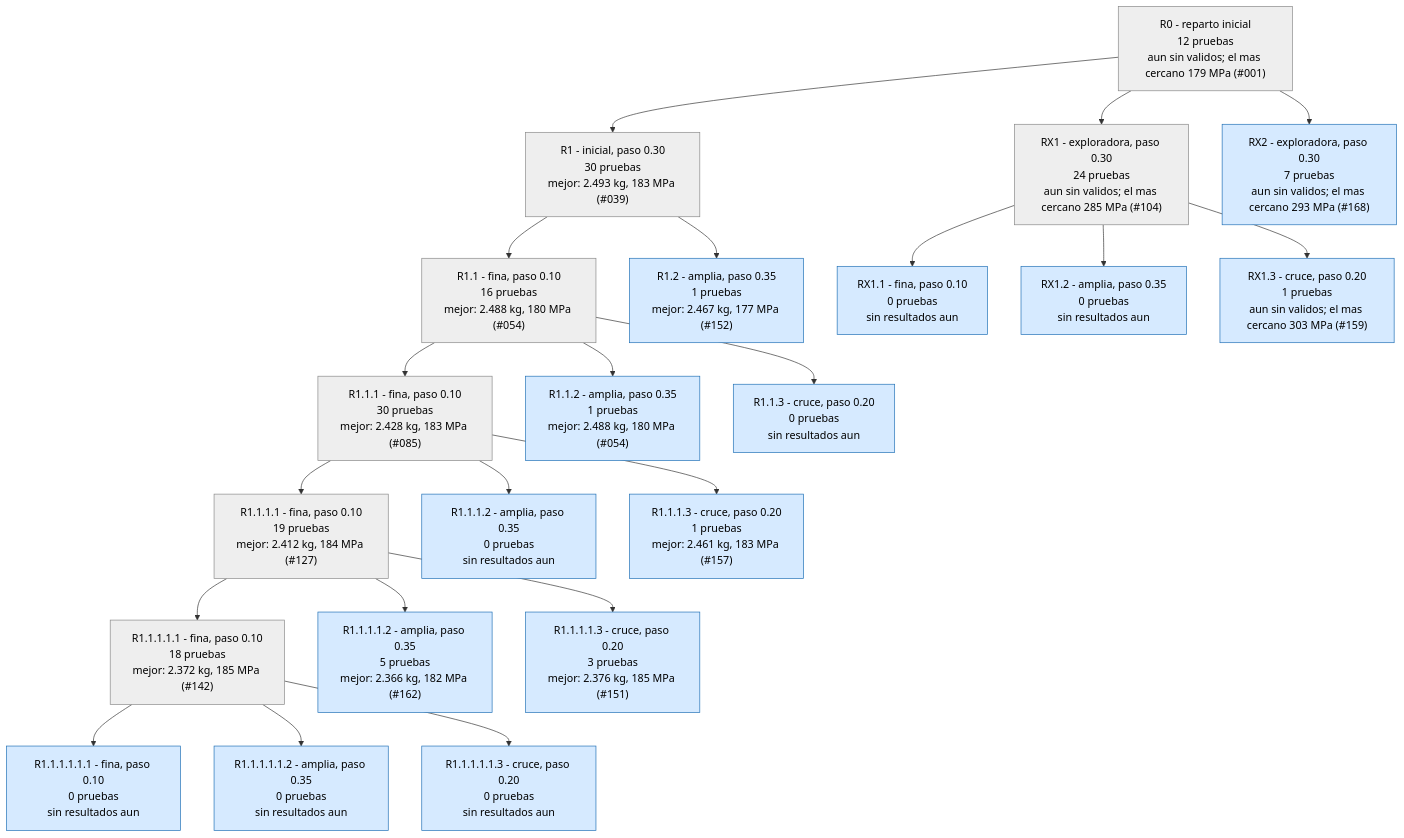
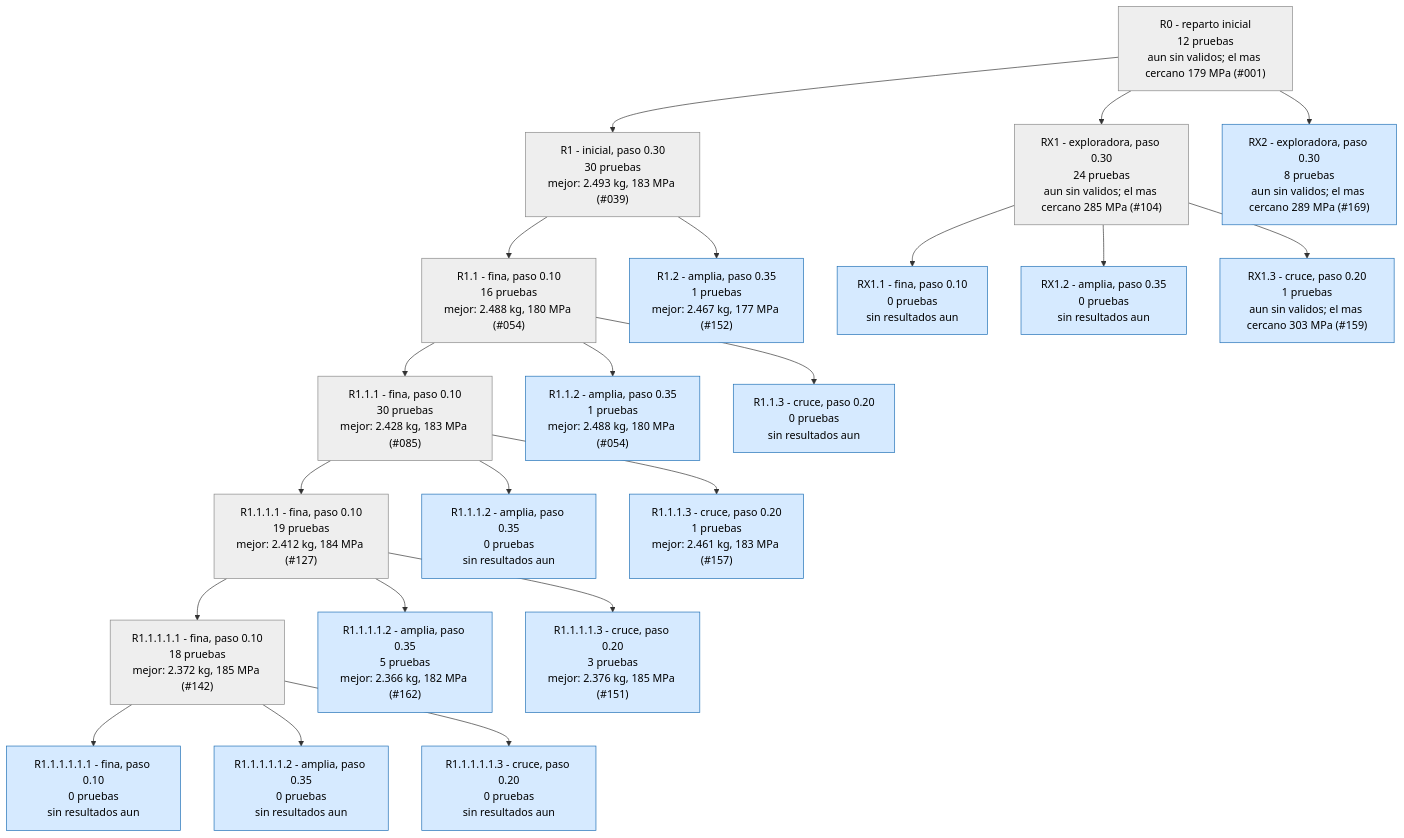
One commit to Hugiko/msd-soporte-optimizacion changed the second of 4 diagrams in runs/opt_37800N/ARBOL.md. Above: the diagram before and after it, drawn with Mermaid. The commit also changed 21 other files, not shown here.

````diff
--- a/runs/opt_37800N/ARBOL.md
+++ b/runs/opt_37800N/ARBOL.md
@@ -25,47 +25,47 @@
 ```mermaid
 graph TD
 classDef activa fill:#d6eaff,stroke:#1f6fb5,color:#000
 classDef fin fill:#eeeeee,stroke:#888,color:#000
 classDef mejor fill:#c8f0c0,stroke:#1a9850,stroke-width:4px,color:#000
 R0["R0 - reparto inicial<br/>12 pruebas<br/>aun sin validos; el mas cercano 179 MPa (#001)"]:::fin
 R1["R1 - inicial, paso 0.30<br/>30 pruebas<br/>mejor: 2.493 kg, 183 MPa (#039)"]:::fin
 R0 --> R1
 R1_1["R1.1 - fina, paso 0.10<br/>16 pruebas<br/>mejor: 2.488 kg, 180 MPa (#054)"]:::fin
 R1 --> R1_1
 R1_2["R1.2 - amplia, paso 0.35<br/>1 pruebas<br/>mejor: 2.467 kg, 177 MPa (#152)"]:::activa
 R1 --> R1_2
 R1_1_1["R1.1.1 - fina, paso 0.10<br/>30 pruebas<br/>mejor: 2.428 kg, 183 MPa (#085)"]:::fin
 R1_1 --> R1_1_1
 R1_1_2["R1.1.2 - amplia, paso 0.35<br/>1 pruebas<br/>mejor: 2.488 kg, 180 MPa (#054)"]:::activa
 R1_1 --> R1_1_2
 R1_1_3["R1.1.3 - cruce, paso 0.20<br/>0 pruebas<br/>sin resultados aun"]:::activa
 R1_1 --> R1_1_3
 R1_1_1_1["R1.1.1.1 - fina, paso 0.10<br/>19 pruebas<br/>mejor: 2.412 kg, 184 MPa (#127)"]:::fin
 R1_1_1 --> R1_1_1_1
 R1_1_1_2["R1.1.1.2 - amplia, paso 0.35<br/>0 pruebas<br/>sin resultados aun"]:::activa
 R1_1_1 --> R1_1_1_2
 R1_1_1_3["R1.1.1.3 - cruce, paso 0.20<br/>1 pruebas<br/>mejor: 2.461 kg, 183 MPa (#157)"]:::activa
 R1_1_1 --> R1_1_1_3
 RX1["RX1 - exploradora, paso 0.30<br/>24 pruebas<br/>aun sin validos; el mas cercano 285 MPa (#104)"]:::fin
 R0 --> RX1
 RX1_1["RX1.1 - fina, paso 0.10<br/>0 pruebas<br/>sin resultados aun"]:::activa
 RX1 --> RX1_1
 RX1_2["RX1.2 - amplia, paso 0.35<br/>0 pruebas<br/>sin resultados aun"]:::activa
 RX1 --> RX1_2
 RX1_3["RX1.3 - cruce, paso 0.20<br/>1 pruebas<br/>aun sin validos; el mas cercano 303 MPa (#159)"]:::activa
 RX1 --> RX1_3
 R1_1_1_1_1["R1.1.1.1.1 - fina, paso 0.10<br/>18 pruebas<br/>mejor: 2.372 kg, 185 MPa (#142)"]:::fin
 R1_1_1_1 --> R1_1_1_1_1
 R1_1_1_1_2["R1.1.1.1.2 - amplia, paso 0.35<br/>5 pruebas<br/>mejor: 2.366 kg, 182 MPa (#162)"]:::activa
 R1_1_1_1 --> R1_1_1_1_2
 R1_1_1_1_3["R1.1.1.1.3 - cruce, paso 0.20<br/>3 pruebas<br/>mejor: 2.376 kg, 185 MPa (#151)"]:::activa
 R1_1_1_1 --> R1_1_1_1_3
 R1_1_1_1_1_1["R1.1.1.1.1.1 - fina, paso 0.10<br/>0 pruebas<br/>sin resultados aun"]:::activa
 R1_1_1_1_1 --> R1_1_1_1_1_1
 R1_1_1_1_1_2["R1.1.1.1.1.2 - amplia, paso 0.35<br/>0 pruebas<br/>sin resultados aun"]:::activa
 R1_1_1_1_1 --> R1_1_1_1_1_2
 R1_1_1_1_1_3["R1.1.1.1.1.3 - cruce, paso 0.20<br/>0 pruebas<br/>sin resultados aun"]:::activa
 R1_1_1_1_1 --> R1_1_1_1_1_3
-RX2["RX2 - exploradora, paso 0.30<br/>7 pruebas<br/>aun sin validos; el mas cercano 293 MPa (#168)"]:::activa
+RX2["RX2 - exploradora, paso 0.30<br/>8 pruebas<br/>aun sin validos; el mas cercano 289 MPa (#169)"]:::activa
 R0 --> RX2
 ```
````
